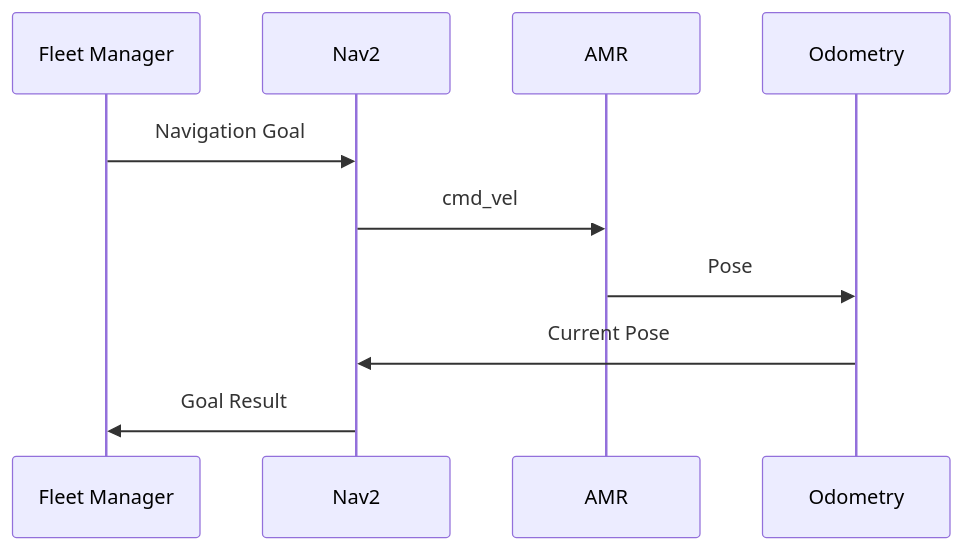
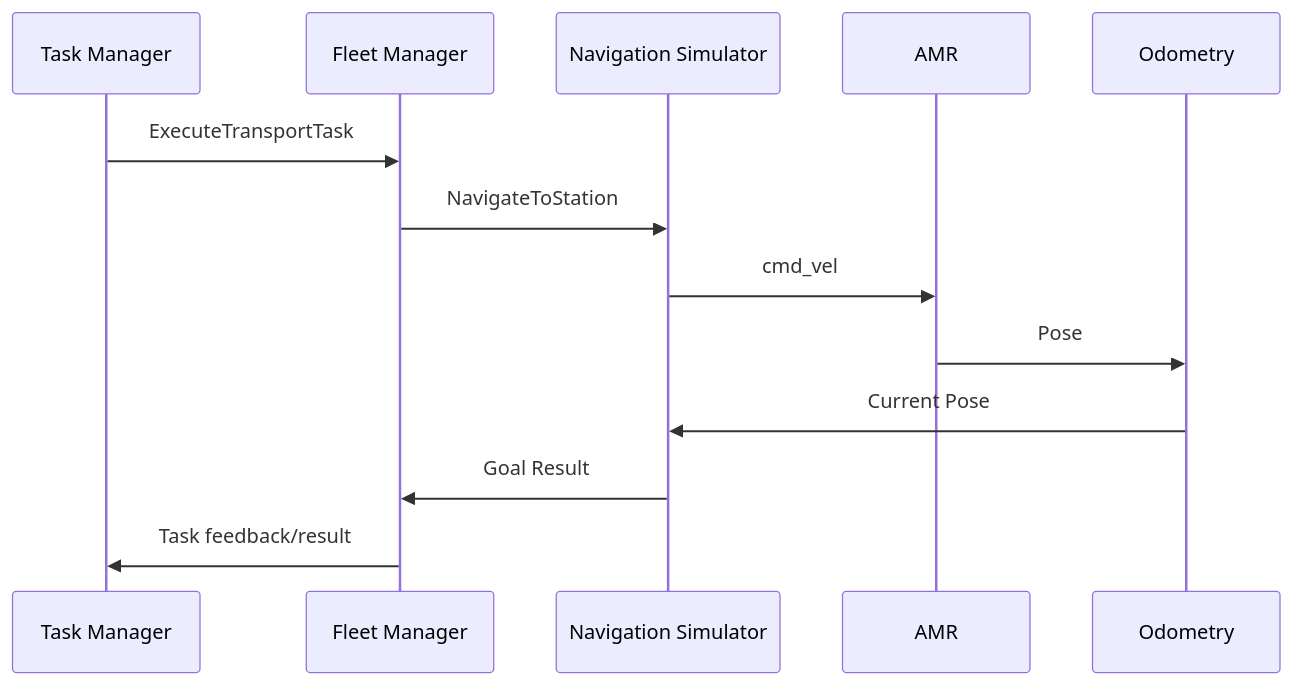
Before and after one commit to HoangTuBangGia/EV-Factory-Twin: the eighth of 14 diagrams in docs/architecture.md, drawn with Mermaid. The commit also changed other lines of this file and 38 other files, not shown here.

````diff
--- a/docs/architecture.md
+++ b/docs/architecture.md
@@ -1331,14 +1336,17 @@
 ```mermaid
 sequenceDiagram
 
+    participant TM as Task Manager
     participant FM as Fleet Manager
-    participant NAV as Nav2
+    participant NAV as Navigation Simulator
     participant AMR as AMR
     participant ODOM as Odometry
 
-    FM->>NAV: Navigation Goal
+    TM->>FM: ExecuteTransportTask
+    FM->>NAV: NavigateToStation
     NAV->>AMR: cmd_vel
     AMR->>ODOM: Pose
     ODOM->>NAV: Current Pose
     NAV->>FM: Goal Result
+    FM->>TM: Task feedback/result
 ```
````
